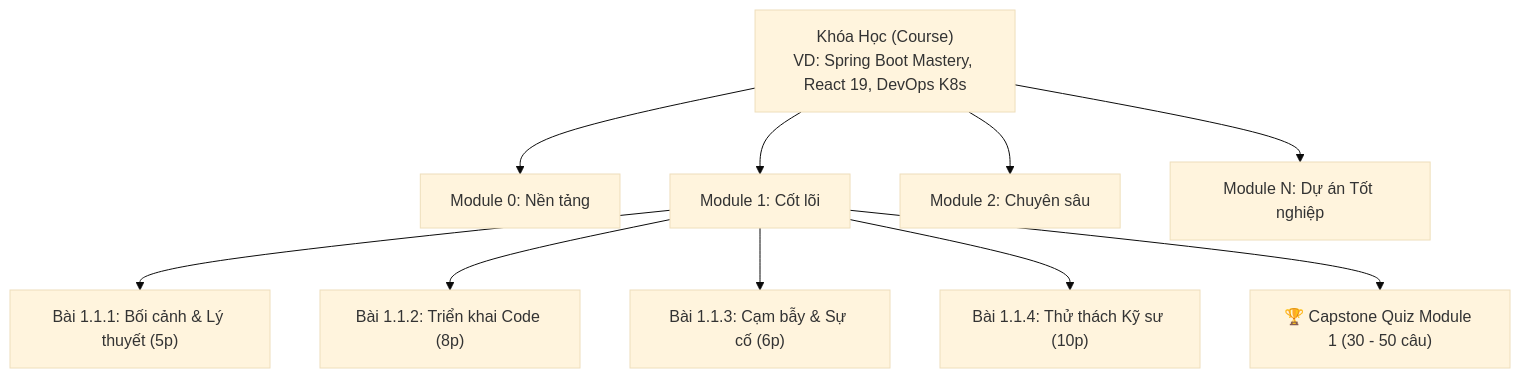
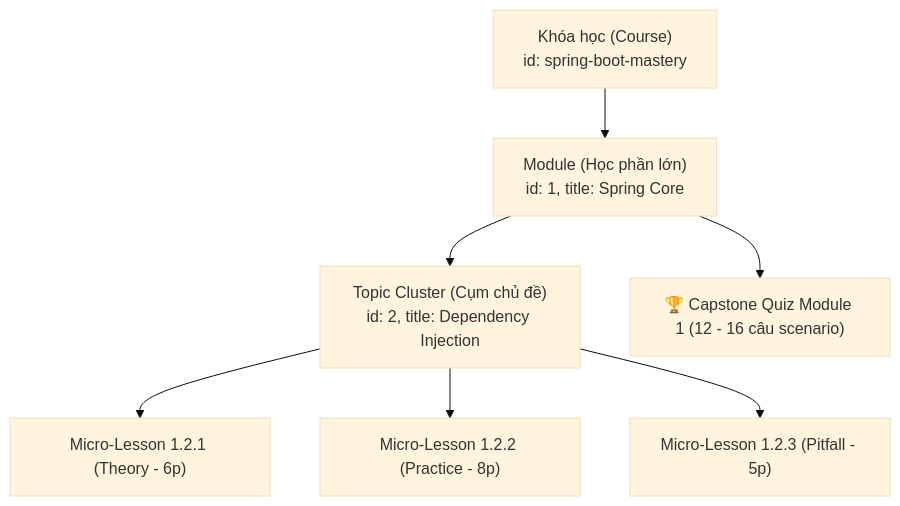
Before and after one commit to hanndbn/spring-boot-course: the diagram in CURRICULUM_STANDARDS.md, drawn with Mermaid (base theme). The commit also changed other lines of this file, not shown here.

Commit message:
docs: release CES-2026 v2.0 with strict scale caps, topic hierarchy, quiz gating, and capstone rubric

````diff
--- a/CURRICULUM_STANDARDS.md
+++ b/CURRICULUM_STANDARDS.md
@@ -40,14 +40,9 @@
 ```mermaid
 graph TD
-    Course["Khóa Học (Course)<br>VD: Spring Boot Mastery, React 19, DevOps K8s"]
-    Course --> M0["Module 0: Nền tảng"]
-    Course --> M1["Module 1: Cốt lõi"]
-    Course --> M2["Module 2: Chuyên sâu"]
-    Course --> MN["Module N: Dự án Tốt nghiệp"]
-    
-    M1 --> L1["Bài 1.1.1: Bối cảnh & Lý thuyết (5p)"]
-    M1 --> L2["Bài 1.1.2: Triển khai Code (8p)"]
-    M1 --> L3["Bài 1.1.3: Cạm bẫy & Sự cố (6p)"]
-    M1 --> L4["Bài 1.1.4: Thử thách Kỹ sư (10p)"]
-    M1 --> QZ["🏆 Capstone Quiz Module 1 (30 - 50 câu)"]
+    Course["Khóa học (Course)<br>id: spring-boot-mastery"] --> M["Module (Học phần lớn)<br>id: 1, title: Spring Core"]
+    M --> T["Topic Cluster (Cụm chủ đề)<br>id: 2, title: Dependency Injection"]
+    T --> L1["Micro-Lesson 1.2.1 (Theory - 6p)"]
+    T --> L2["Micro-Lesson 1.2.2 (Practice - 8p)"]
+    T --> L3["Micro-Lesson 1.2.3 (Pitfall - 5p)"]
+    M --> QZ["🏆 Capstone Quiz Module 1 (12 - 16 câu scenario)"]
 ```
````
